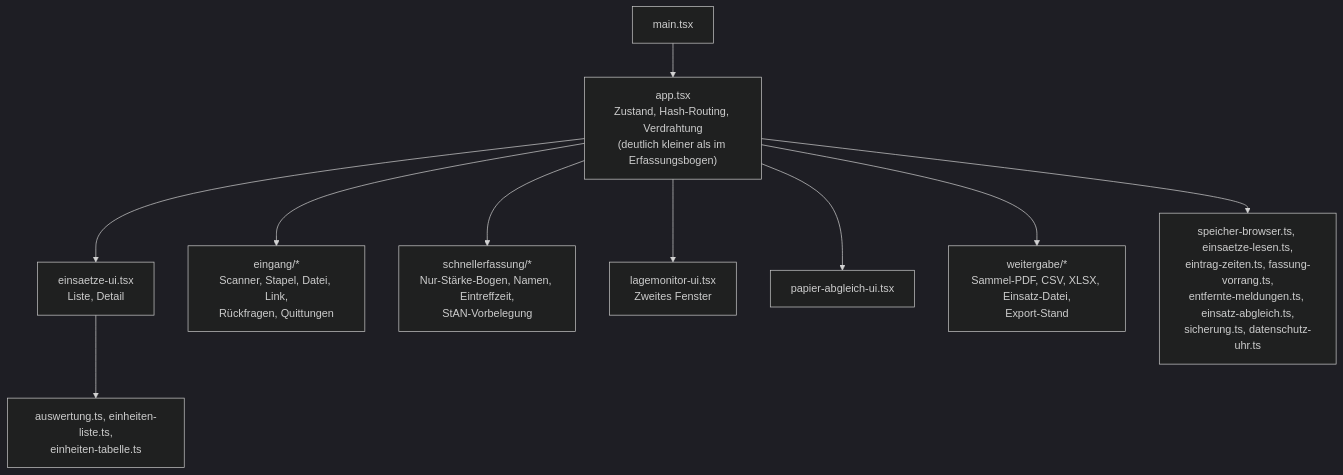
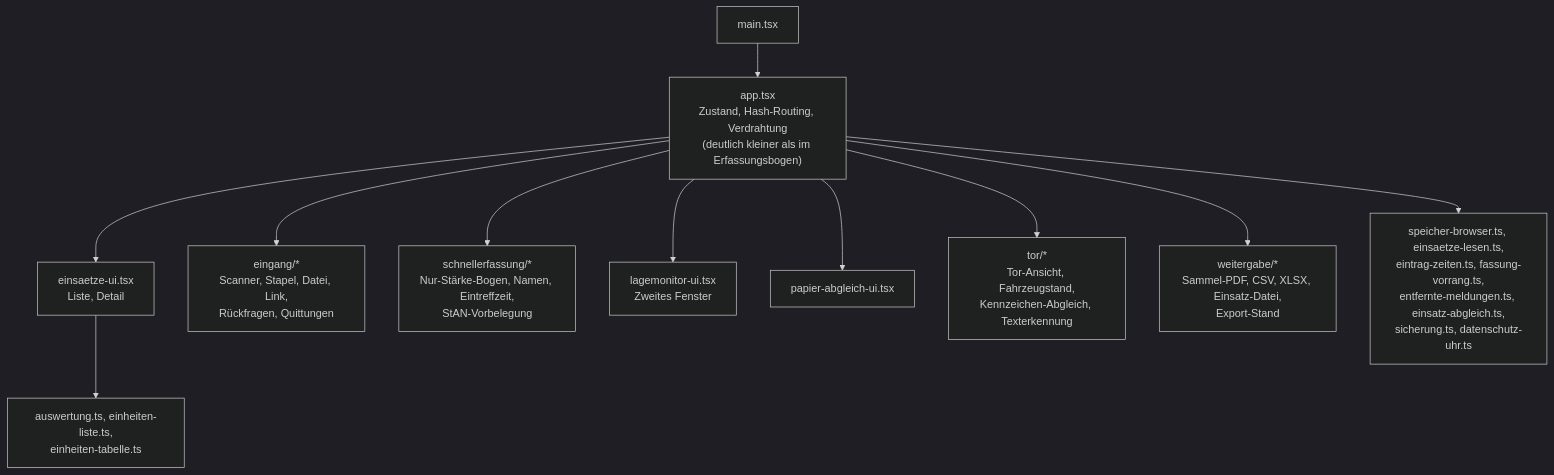
One commit to wattnpapa/meldekopf changed the third of 5 diagrams in docs/architektur.md. Above: the diagram before and after it, drawn with Mermaid (dark theme). The commit also changed other lines of this file and 24 other files, not shown here.

````diff
--- a/docs/architektur.md
+++ b/docs/architektur.md
@@ -219,12 +219,13 @@
 ```mermaid
 flowchart TB
   main["main.tsx"] --> app["app.tsx<br/>Zustand, Hash-Routing, Verdrahtung<br/>(deutlich kleiner als im Erfassungsbogen)"]
   app --> liste["einsaetze-ui.tsx<br/>Liste, Detail"]
   app --> eingang["eingang/*<br/>Scanner, Stapel, Datei, Link,<br/>Rückfragen, Quittungen"]
   app --> schnell["schnellerfassung/*<br/>Nur-Stärke-Bogen, Namen, Eintreffzeit,<br/>StAN-Vorbelegung"]
   app --> lage["lagemonitor-ui.tsx<br/>Zweites Fenster"]
   app --> papier["papier-abgleich-ui.tsx"]
+  app --> tor["tor/*<br/>Tor-Ansicht, Fahrzeugstand,<br/>Kennzeichen-Abgleich, Texterkennung"]
   app --> export["weitergabe/*<br/>Sammel-PDF, CSV, XLSX, Einsatz-Datei,<br/>Export-Stand"]
   app --> persist["speicher-browser.ts, einsaetze-lesen.ts,<br/>eintrag-zeiten.ts, fassung-vorrang.ts,<br/>entfernte-meldungen.ts, einsatz-abgleich.ts,<br/>sicherung.ts, datenschutz-uhr.ts"]
   liste --> ausw["auswertung.ts, einheiten-liste.ts,<br/>einheiten-tabelle.ts"]
 ```
````
